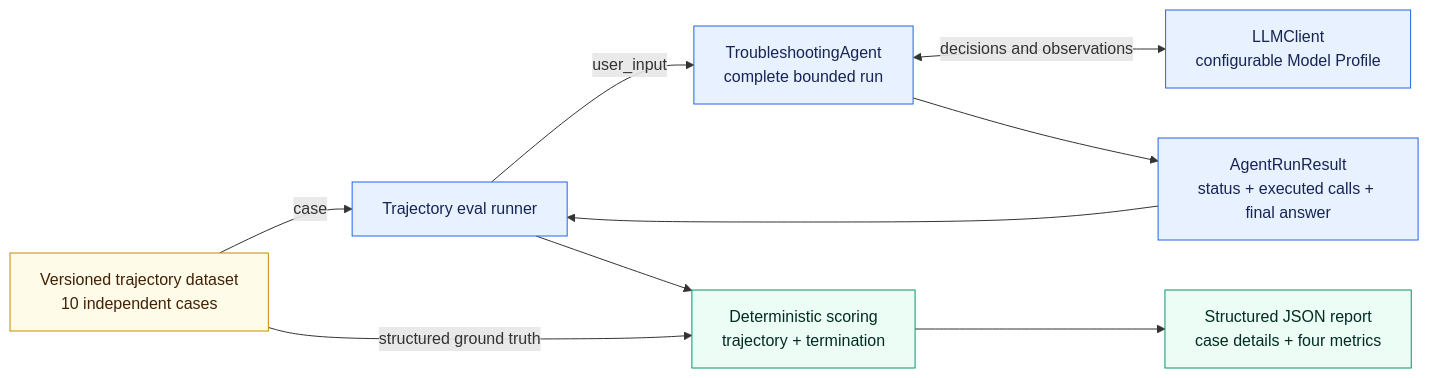
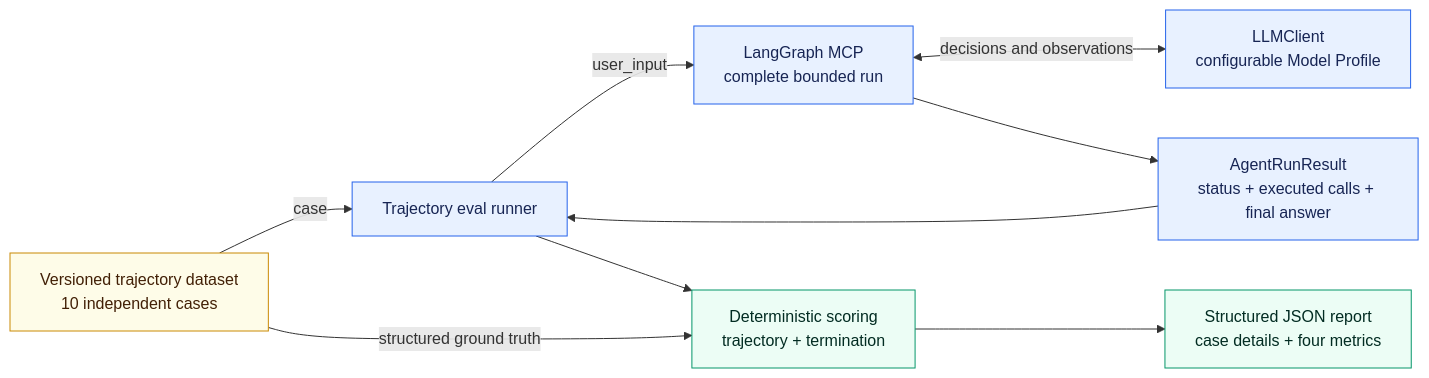
Before and after one commit to aboerzel/industrial-ai-agent: the seventh of 11 diagrams in docs/architecture/overview.md, drawn with Mermaid. The commit also changed other lines of this file and 30 other files, not shown here.

````diff
--- a/docs/architecture/overview.md
+++ b/docs/architecture/overview.md
@@ -400,26 +392,26 @@
 ```mermaid
 flowchart LR
     D["Versioned trajectory dataset<br/>10 independent cases"]
     R["Trajectory eval runner"]
-    A["TroubleshootingAgent<br/>complete bounded run"]
+    A["LangGraph MCP<br/>complete bounded run"]
     L["LLMClient<br/>configurable Model Profile"]
     AR["AgentRunResult<br/>status + executed calls + final answer"]
     S["Deterministic scoring<br/>trajectory + termination"]
     O["Structured JSON report<br/>case details + four metrics"]
 
     D -->|"case"| R
     R -->|"user_input"| A
     A <-->|"decisions and observations"| L
     A --> AR
     AR --> R
     R --> S
     D -->|"structured ground truth"| S
     S --> O
 
     classDef data fill:#fefce8,stroke:#ca8a04,color:#422006
     classDef core fill:#e8f1ff,stroke:#2563eb,color:#172554
     classDef metric fill:#ecfdf5,stroke:#059669,color:#022c22
     class D data
     class R,A,L,AR core
     class S,O metric
 ```
````
